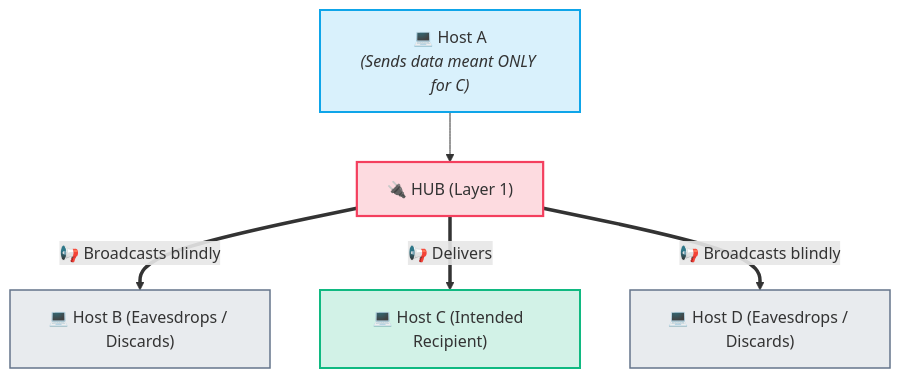
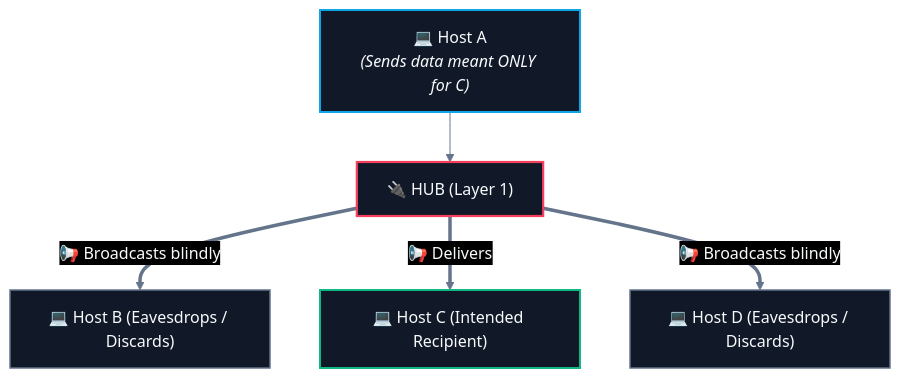
One commit to abhinavbharti2345/CS_Notes changed the first of 5 diagrams in CS/Computer Networking/01. Architecture & Fundamentals/05. Network Hardware - Hub, Switch, Router, Modem.md. Above: the diagram before and after it, drawn with Mermaid. The commit also changed other lines of this file and 195 other files, not shown here.

````diff
--- a/CS/Computer Networking/01. Architecture & Fundamentals/05. Network Hardware - Hub, Switch, Router, Modem.md
+++ b/CS/Computer Networking/01. Architecture & Fundamentals/05. Network Hardware - Hub, Switch, Router, Modem.md
@@ -32,17 +32,18 @@
 ```mermaid
+%%{init: {'theme': 'base', 'themeVariables': { 'darkMode': true, 'background': '#0B0F14', 'mainBkg': '#111827', 'primaryColor': '#111827', 'primaryTextColor': '#F8FAFC', 'primaryBorderColor': '#38BDF8', 'lineColor': '#64748B', 'secondaryColor': '#0B0F14', 'tertiaryColor': '#0B0F14', 'clusterBkg': '#0B0F14', 'clusterBorder': '#38BDF8' }}}%%
 flowchart TD
     HostA["💻 Host A<br><i>(Sends data meant ONLY for C)</i>"] --> Hub["🔌 HUB (Layer 1)"]
     Hub ==>|"📢 Broadcasts blindly"| HostB["💻 Host B (Eavesdrops / Discards)"]
     Hub ==>|"📢 Delivers"| HostC["💻 Host C (Intended Recipient)"]
     Hub ==>|"📢 Broadcasts blindly"| HostD["💻 Host D (Eavesdrops / Discards)"]
 
-    classDef sender fill:#0ea5e928,stroke:#0ea5e9,stroke-width:2px;
-    classDef hub fill:#f43f5e30,stroke:#f43f5e,stroke-width:2.2px;
-    classDef target fill:#10b98130,stroke:#10b981,stroke-width:2px;
-    classDef discard fill:#64748b25,stroke:#64748b,stroke-width:1.5px;
+    classDef sender fill:#111827,stroke:#0ea5e9,stroke-width:2px,color:#F8FAFC;
+    classDef hub fill:#111827,stroke:#f43f5e,stroke-width:2.2px,color:#F8FAFC;
+    classDef target fill:#111827,stroke:#10b981,stroke-width:2px,color:#F8FAFC;
+    classDef discard fill:#111827,stroke:#64748b,stroke-width:1.5px,color:#F8FAFC;
 
     class HostA sender;
     class Hub hub;
     class HostC target;
     class HostB,HostD discard;
 ```
````
